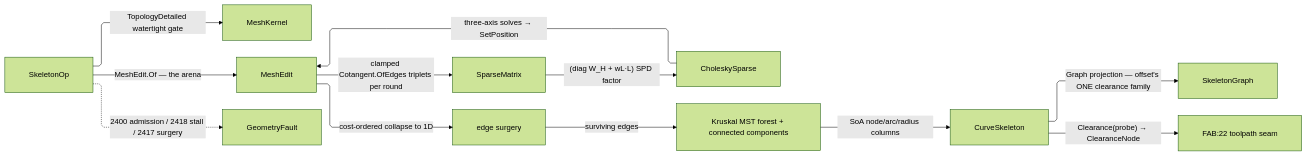
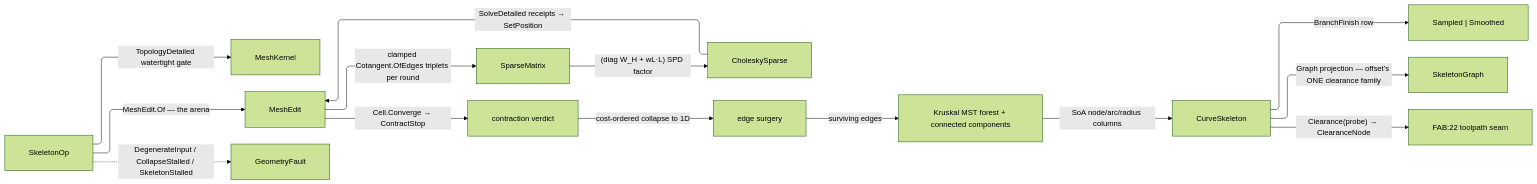
One commit to bsamiee/Rasm changed the diagram in libs/csharp/Rasm/.planning/Meshing/skeleton.md. Above: the diagram before and after it, drawn with Mermaid (forest theme). The commit also changed other lines of this file and 818 other files, not shown here.

````diff
--- a/libs/csharp/Rasm/.planning/Meshing/skeleton.md
+++ b/libs/csharp/Rasm/.planning/Meshing/skeleton.md
@@ -466,23 +584,25 @@
 ```mermaid
 ---
 config:
   layout: elk
   flowchart:
     curve: linear
     padding: 25
 ---
 flowchart LR
     accTitle: Curve-skeleton flow
     accDescr: Meshes flow through contraction rounds, edge-collapse surgery, and tree extraction into the frozen skeleton columns.
     SkeletonOp -->|TopologyDetailed watertight gate| MeshKernel
     SkeletonOp -->|MeshEdit.Of — the arena| MeshEdit
     MeshEdit -->|clamped Cotangent.OfEdges triplets per round| SparseMatrix
     SparseMatrix -->|"(diag W_H + wL·L) SPD factor"| CholeskySparse
-    CholeskySparse -->|three-axis solves → SetPosition| MeshEdit
-    MeshEdit -->|cost-ordered collapse to 1D| Surgery["edge surgery"]
+    CholeskySparse -->|"SolveDetailed receipts → SetPosition"| MeshEdit
+    MeshEdit -->|"Cell.Converge → ContractStop"| Contract["contraction verdict"]
+    Contract -->|cost-ordered collapse to 1D| Surgery["edge surgery"]
     Surgery -->|surviving edges| QuikGraph["Kruskal MST forest + connected components"]
     QuikGraph -->|SoA node/arc/radius columns| CurveSkeleton
+    CurveSkeleton -->|BranchFinish row| Resample["Sampled | Smoothed"]
     CurveSkeleton -->|Graph projection — offset's ONE clearance family| SkeletonGraph
     CurveSkeleton -->|"Clearance(probe) → ClearanceNode"| Fabrication["FAB:22 toolpath seam"]
-    SkeletonOp -.->|2400 admission / 2418 stall / 2417 surgery| GeometryFault
+    SkeletonOp -.->|DegenerateInput / CollapseStalled / SkeletonStalled| GeometryFault
 ```
````
